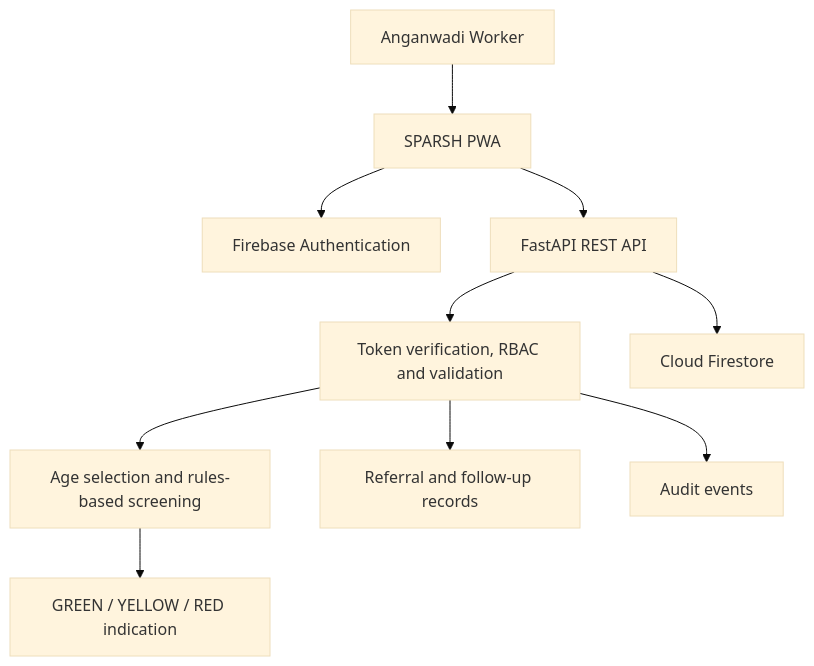
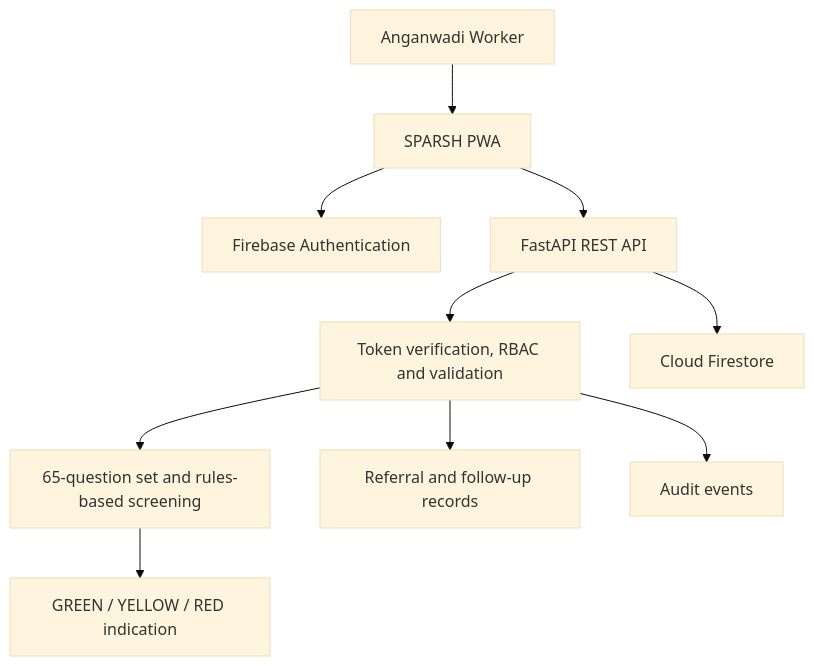
Before and after one commit to devanshu651/SPARSH: the diagram in README.md, drawn with Mermaid (base theme). The commit also changed other lines of this file and 24 other files, not shown here.

Commit message:
Activate Phase 5 final 65 screening set

````diff
--- a/README.md
+++ b/README.md
@@ -30,12 +30,12 @@
 ```mermaid
 flowchart TD
     A[Anganwadi Worker] --> B[SPARSH PWA]
     B --> C[Firebase Authentication]
     B --> D[FastAPI REST API]
     D --> E[Token verification, RBAC and validation]
-    E --> F[Age selection and rules-based screening]
+    E --> F[65-question set and rules-based screening]
     E --> G[Referral and follow-up records]
     E --> H[Audit events]
     D --> I[Cloud Firestore]
     F --> J[GREEN / YELLOW / RED indication]
 ```
````
